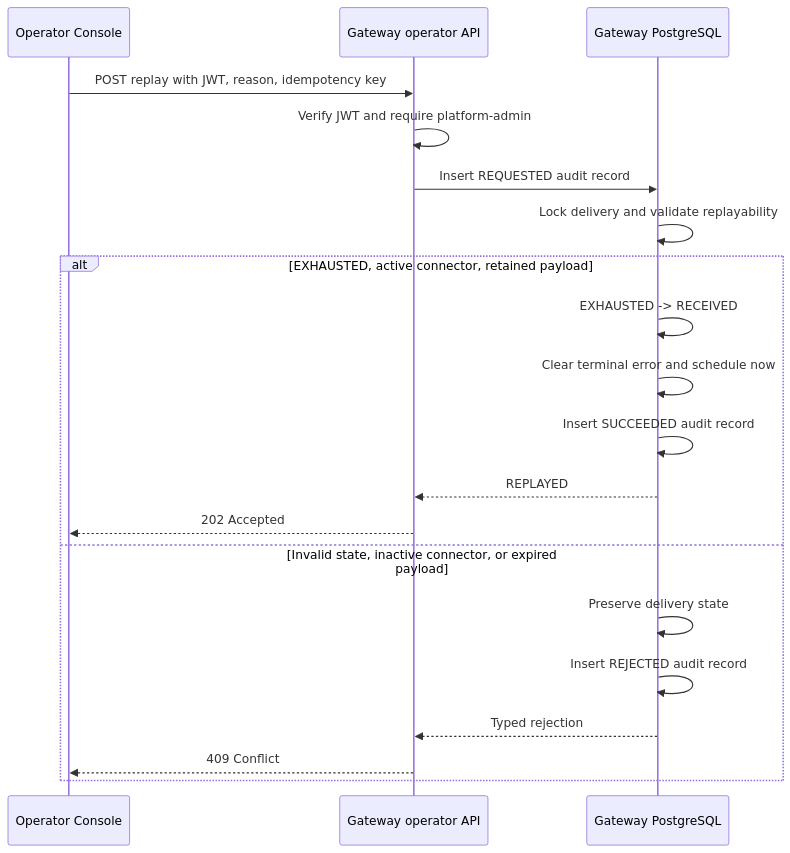
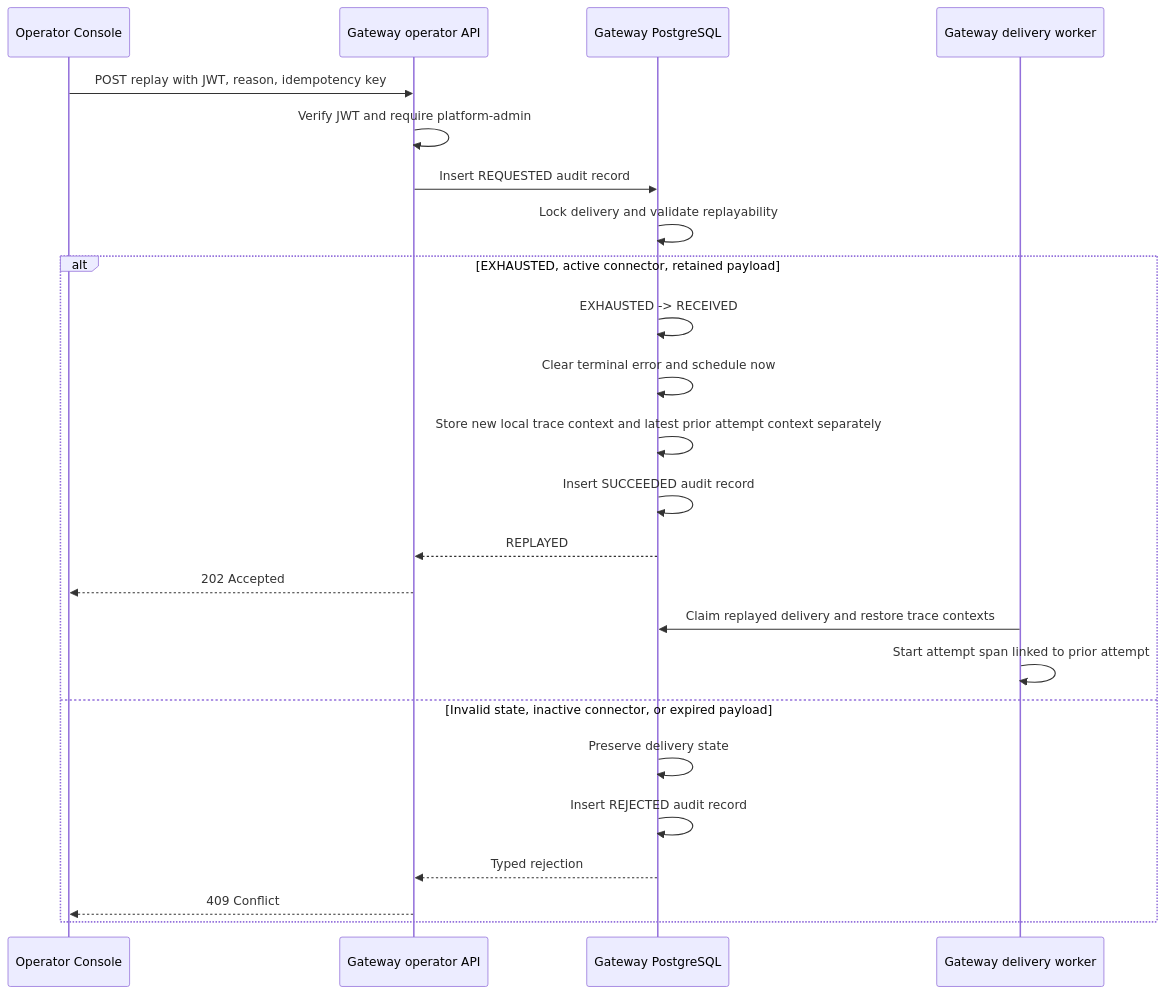
The sixth of 6 diagrams in docs/gateway-delivery-lifecycle.md (PietroRussoD/commerce-integration-hub), drawn with Mermaid before and after one commit. The commit also changed other lines of this file and 27 other files, not shown here.

Commit message:
✨ Link operator replays to prior delivery traces

````diff
--- a/docs/gateway-delivery-lifecycle.md
+++ b/docs/gateway-delivery-lifecycle.md
@@ -251,23 +251,27 @@
 ```mermaid
 sequenceDiagram
     participant C as Operator Console
     participant A as Gateway operator API
     participant DB as Gateway PostgreSQL
+    participant W as Gateway delivery worker
 
     C->>A: POST replay with JWT, reason, idempotency key
     A->>A: Verify JWT and require platform-admin
     A->>DB: Insert REQUESTED audit record
     DB->>DB: Lock delivery and validate replayability
     alt EXHAUSTED, active connector, retained payload
         DB->>DB: EXHAUSTED -> RECEIVED
         DB->>DB: Clear terminal error and schedule now
+        DB->>DB: Store new local trace context and latest prior attempt context separately
         DB->>DB: Insert SUCCEEDED audit record
         DB-->>A: REPLAYED
         A-->>C: 202 Accepted
+        W->>DB: Claim replayed delivery and restore trace contexts
+        W->>W: Start attempt span linked to prior attempt
     else Invalid state, inactive connector, or expired payload
         DB->>DB: Preserve delivery state
         DB->>DB: Insert REJECTED audit record
         DB-->>A: Typed rejection
         A-->>C: 409 Conflict
     end
 ```
````
